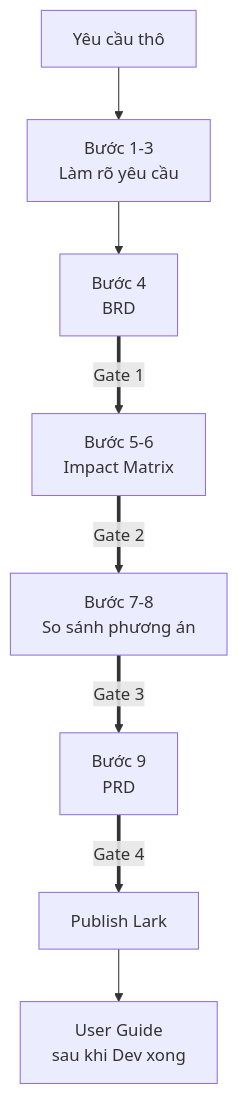
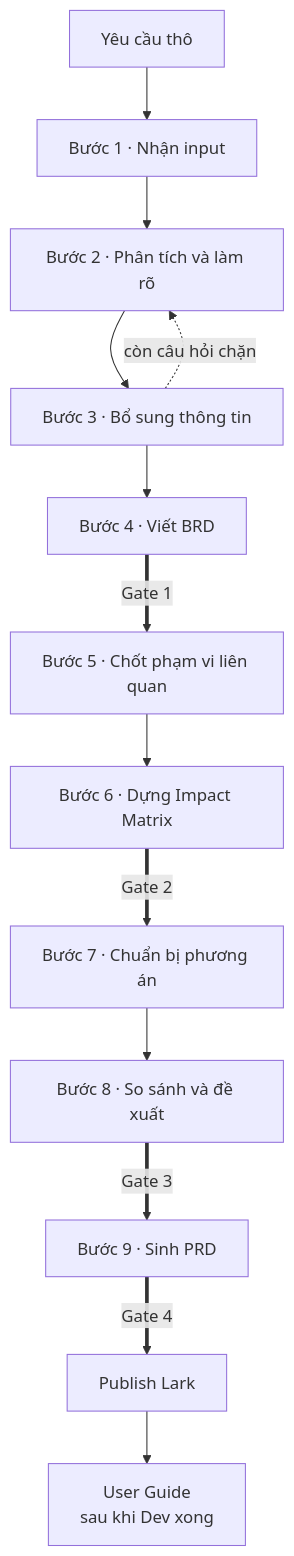
The first of 3 diagrams in OVERVIEW.md (sonhero981/upbase-specs-test), drawn with Mermaid before and after one commit. The commit also changed other lines of this file, not shown here.

First line of the commit message:
OVERVIEW.md: nêu rõ chín bước thay vì gộp "Bước 1-3"

````diff
--- a/OVERVIEW.md
+++ b/OVERVIEW.md
@@ -25,10 +25,15 @@
 ```mermaid
 flowchart TD
-    A["Yêu cầu thô"] --> B["Bước 1-3<br/>Làm rõ yêu cầu"]
-    B --> D["Bước 4<br/>BRD"]
-    D ==>|"Gate 1"| E["Bước 5-6<br/>Impact Matrix"]
-    E ==>|"Gate 2"| F["Bước 7-8<br/>So sánh phương án"]
-    F ==>|"Gate 3"| H["Bước 9<br/>PRD"]
-    H ==>|"Gate 4"| I["Publish Lark"]
-    I --> J["User Guide<br/>sau khi Dev xong"]
+    A["Yêu cầu thô"] --> B1["Bước 1 · Nhận input"]
+    B1 --> B2["Bước 2 · Phân tích và làm rõ"]
+    B2 --> B3["Bước 3 · Bổ sung thông tin"]
+    B3 -.->|"còn câu hỏi chặn"| B2
+    B3 --> B4["Bước 4 · Viết BRD"]
+    B4 ==>|"Gate 1"| B5["Bước 5 · Chốt phạm vi liên quan"]
+    B5 --> B6["Bước 6 · Dựng Impact Matrix"]
+    B6 ==>|"Gate 2"| B7["Bước 7 · Chuẩn bị phương án"]
+    B7 --> B8["Bước 8 · So sánh và đề xuất"]
+    B8 ==>|"Gate 3"| B9["Bước 9 · Sinh PRD"]
+    B9 ==>|"Gate 4"| PUB["Publish Lark"]
+    PUB --> UG["User Guide<br/>sau khi Dev xong"]
 ```
````
